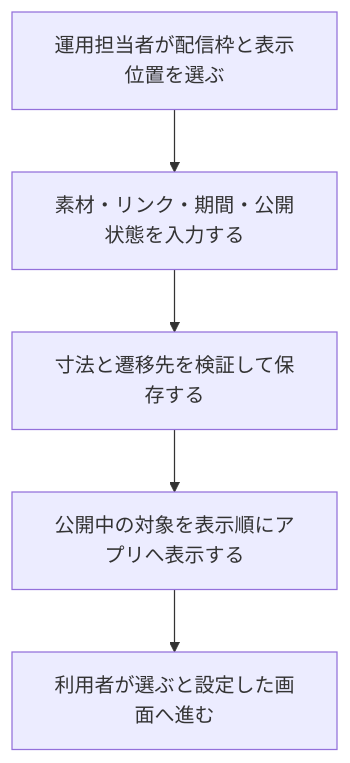
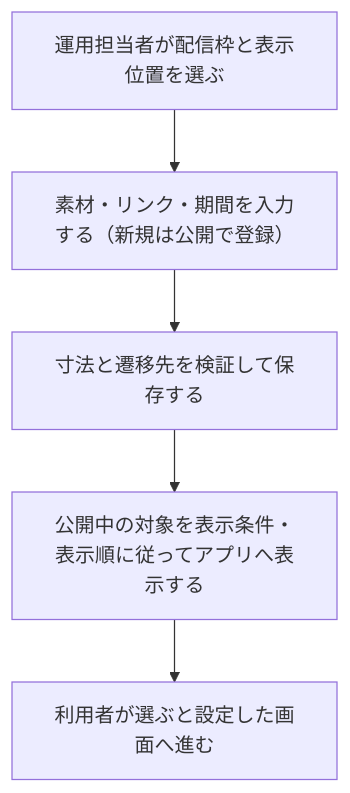
One commit to Min-Thu-Khant/pochipo-mock-en changed the diagram in docs/prd/features/F15-ad-placements.md. Above: the diagram before and after it, drawn with Mermaid. The commit also changed other lines of this file and 40 other files, not shown here.

````diff
--- a/docs/prd/features/F15-ad-placements.md
+++ b/docs/prd/features/F15-ad-placements.md
@@ -65,12 +65,12 @@
 ```mermaid
 flowchart TD
   A0["運用担当者が配信枠と表示位置を選ぶ"]
-  A1["素材・リンク・期間・公開状態を入力する"]
+  A1["素材・リンク・期間を入力する（新規は公開で登録）"]
   A2["寸法と遷移先を検証して保存する"]
-  A3["公開中の対象を表示順にアプリへ表示する"]
+  A3["公開中の対象を表示条件・表示順に従ってアプリへ表示する"]
   A4["利用者が選ぶと設定した画面へ進む"]
   A0 --> A1
   A1 --> A2
   A2 --> A3
   A3 --> A4
 ```
````
